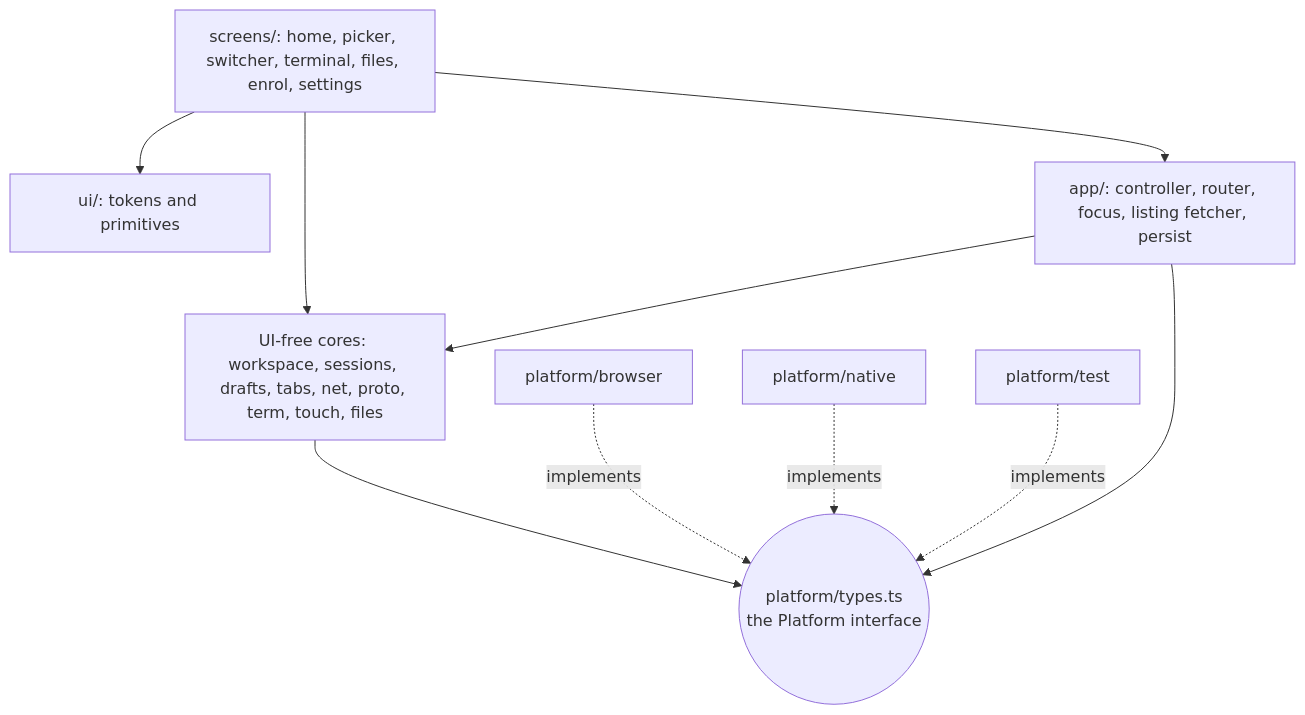
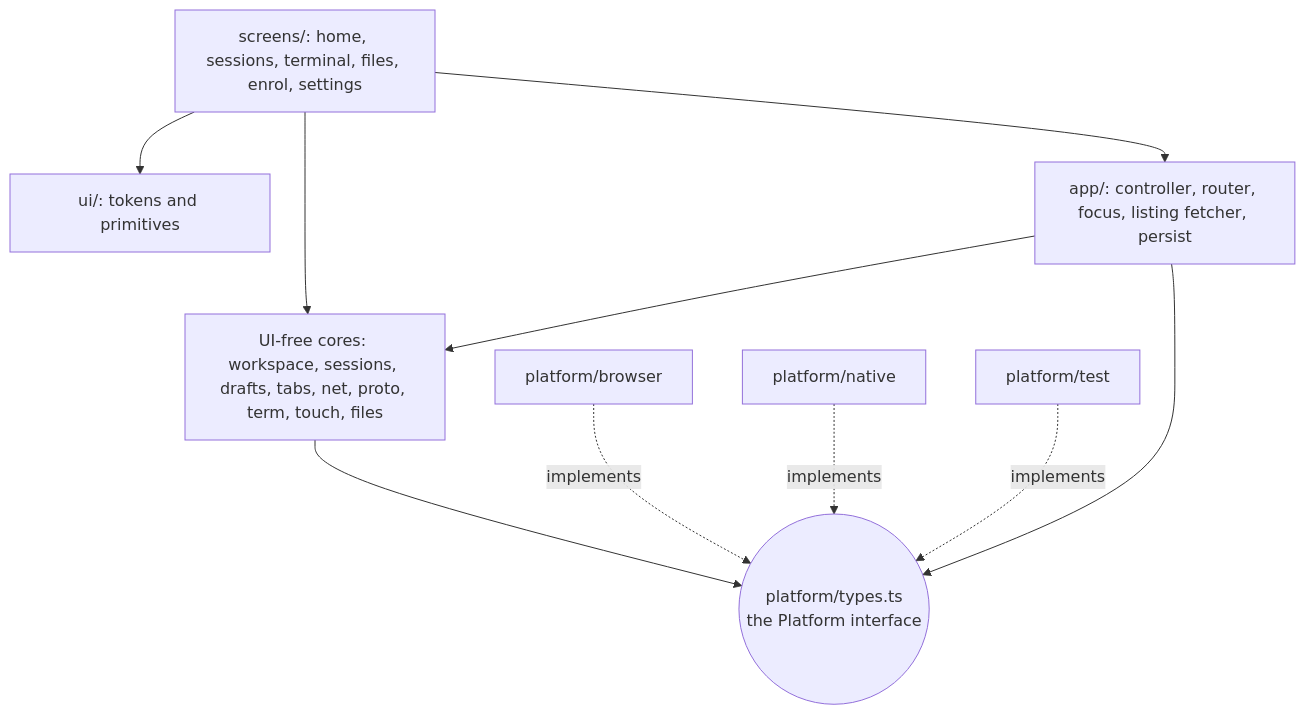
One commit to haowjy/tether changed the first of 4 diagrams in .meridian/work/tether-mvp/design/client-architecture.md. Above: the diagram before and after it, drawn with Mermaid. The commit also changed other lines of this file and 39 other files, not shown here.

First line of the commit message:
Phone bar and sessions sheet: one sessions overlay replaces picker and switcher

````diff
--- a/.meridian/work/tether-mvp/design/client-architecture.md
+++ b/.meridian/work/tether-mvp/design/client-architecture.md
@@ -92,20 +92,20 @@
 ```mermaid
 flowchart TB
-  screens["screens/: home, picker, switcher, terminal, files, enrol, settings"]
+  screens["screens/: home, sessions, terminal, files, enrol, settings"]
   ui["ui/: tokens and primitives"]
   app["app/: controller, router, focus, listing fetcher, persist"]
   cores["UI-free cores: workspace, sessions, drafts, tabs, net, proto, term, touch, files"]
   types(("platform/types.ts<br/>the Platform interface"))
   pb["platform/browser"]
   pn["platform/native"]
   pt["platform/test"]
   screens --> ui
   screens --> cores
   screens --> app
   app --> cores
   app --> types
   cores --> types
   pb -. implements .-> types
   pn -. implements .-> types
   pt -. implements .-> types
 ```
````
